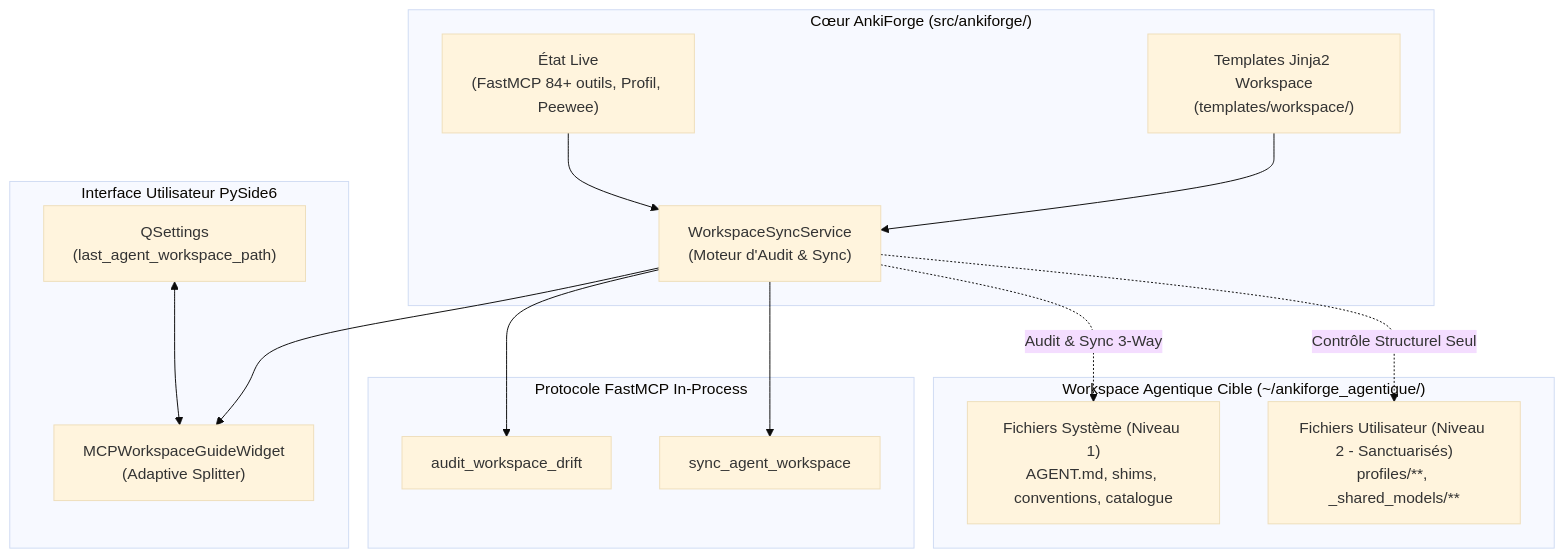
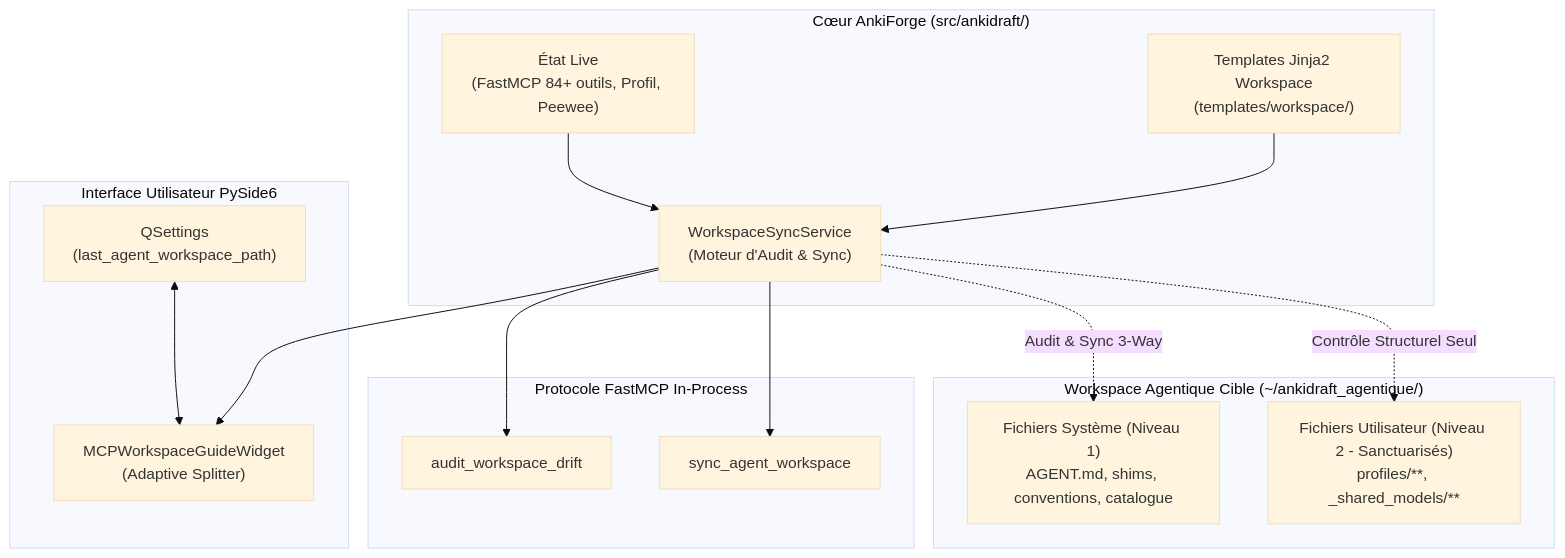
Before and after one commit to Skyl9/AnkiForge: the diagram in docs/adr/0059-verificateur-drift-et-synchronisation-workspace-agentique.md, drawn with Mermaid (base theme). The commit also changed other lines of this file and 95 other files, not shown here.

````diff
--- a/docs/adr/0059-verificateur-drift-et-synchronisation-workspace-agentique.md
+++ b/docs/adr/0059-verificateur-drift-et-synchronisation-workspace-agentique.md
@@ -31,31 +31,31 @@
 ```mermaid
 flowchart TD
-    subgraph Core["Cœur AnkiForge (src/ankiforge/)"]
+    subgraph Core["Cœur AnkiForge (src/ankidraft/)"]
         Templates["Templates Jinja2 Workspace<br>(templates/workspace/)"]
         LiveContext["État Live<br>(FastMCP 84+ outils, Profil, Peewee)"]
         SyncService["WorkspaceSyncService<br>(Moteur d'Audit & Sync)"]
         Templates --> SyncService
         LiveContext --> SyncService
     end
 
     subgraph FastMCP["Protocole FastMCP In-Process"]
         ToolAudit["audit_workspace_drift"]
         ToolSync["sync_agent_workspace"]
         SyncService --> ToolAudit
         SyncService --> ToolSync
     end
 
     subgraph UI["Interface Utilisateur PySide6"]
         Widget["MCPWorkspaceGuideWidget<br>(Adaptive Splitter)"]
         QSettings["QSettings<br>(last_agent_workspace_path)"]
         SyncService --> Widget
         QSettings <--> Widget
     end
 
-    subgraph Target["Workspace Agentique Cible (~/ankiforge_agentique/)"]
+    subgraph Target["Workspace Agentique Cible (~/ankidraft_agentique/)"]
         SysFiles["Fichiers Système (Niveau 1)<br>AGENT.md, shims, conventions, catalogue"]
         UserFiles["Fichiers Utilisateur (Niveau 2 - Sanctuarisés)<br>profiles/**, _shared_models/**"]
         SyncService -.->|Audit & Sync 3-Way| SysFiles
         SyncService -.->|Contrôle Structurel Seul| UserFiles
     end
 ```
````
